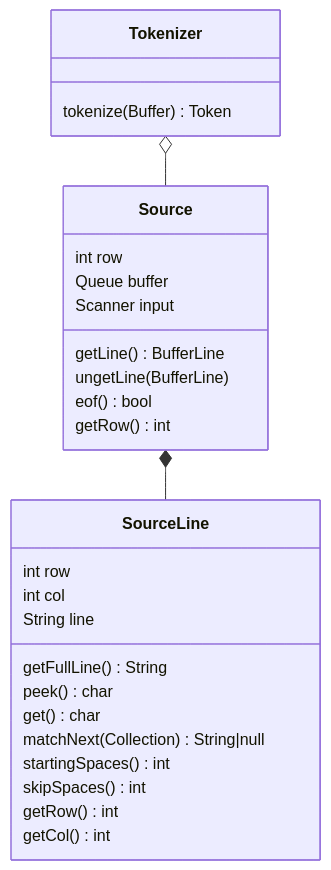
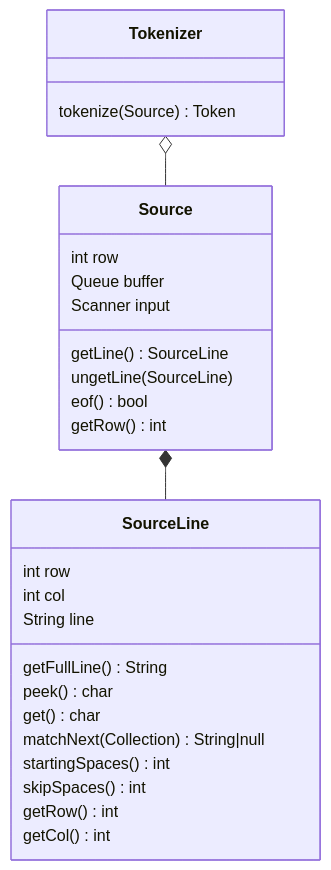
The first of 8 diagrams in Implementation.md (Jzhyang1/Monomer), drawn with Mermaid before and after one commit. The commit also changed other lines of this file, not shown here.

````diff
--- a/Implementation.md
+++ b/Implementation.md
@@ -58,27 +58,27 @@
 ```mermaid
 classDiagram
 Tokenizer o-- Source
 Source *-- SourceLine
 
-Tokenizer: tokenize(Buffer) Token
+Tokenizer: tokenize(Source) Token
 
 Source: int row
 Source: Queue buffer
 Source: Scanner input
-Source: getLine() BufferLine
-Source: ungetLine(BufferLine)
+Source: getLine() SourceLine
+Source: ungetLine(SourceLine)
 Source: eof() bool
 Source: getRow() int
 
 SourceLine: int row
 SourceLine: int col
 SourceLine: String line
 SourceLine: getFullLine() String
 SourceLine: peek() char
 SourceLine: get() char
 SourceLine: matchNext(Collection<String>) String|null
 SourceLine: startingSpaces() int
 SourceLine: skipSpaces() int
 SourceLine: getRow() int
 SourceLine: getCol() int
 ```
````
